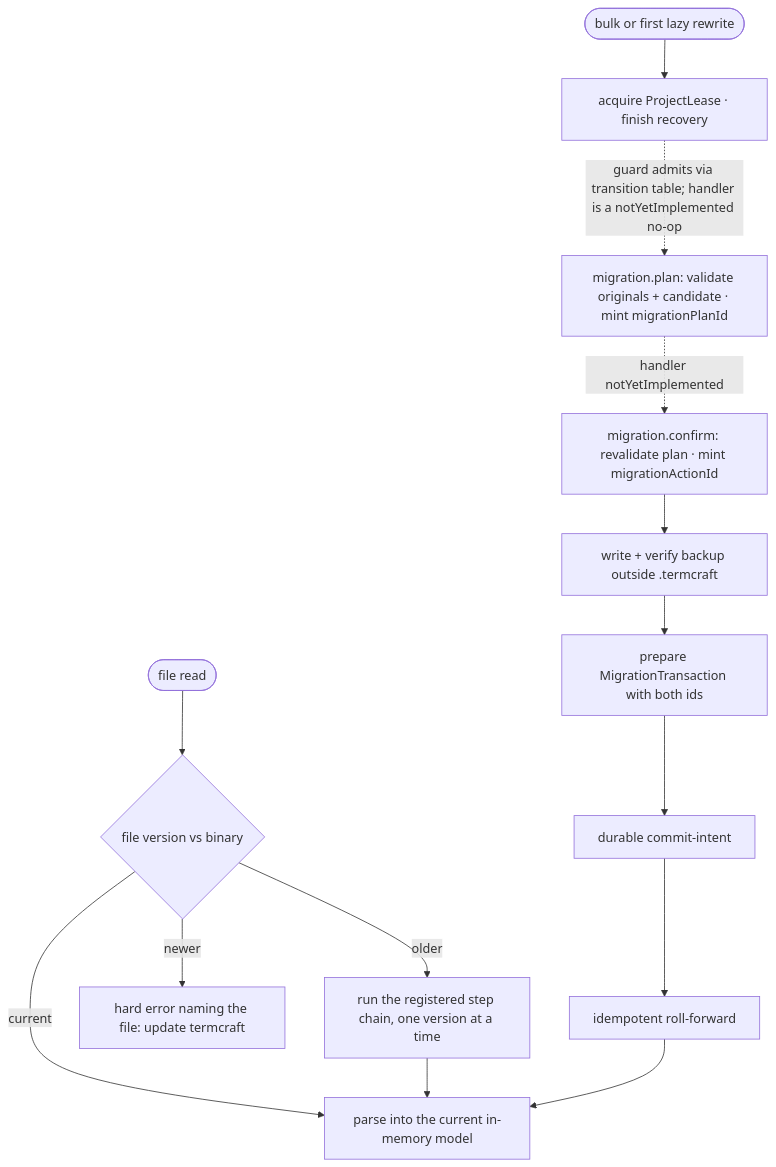
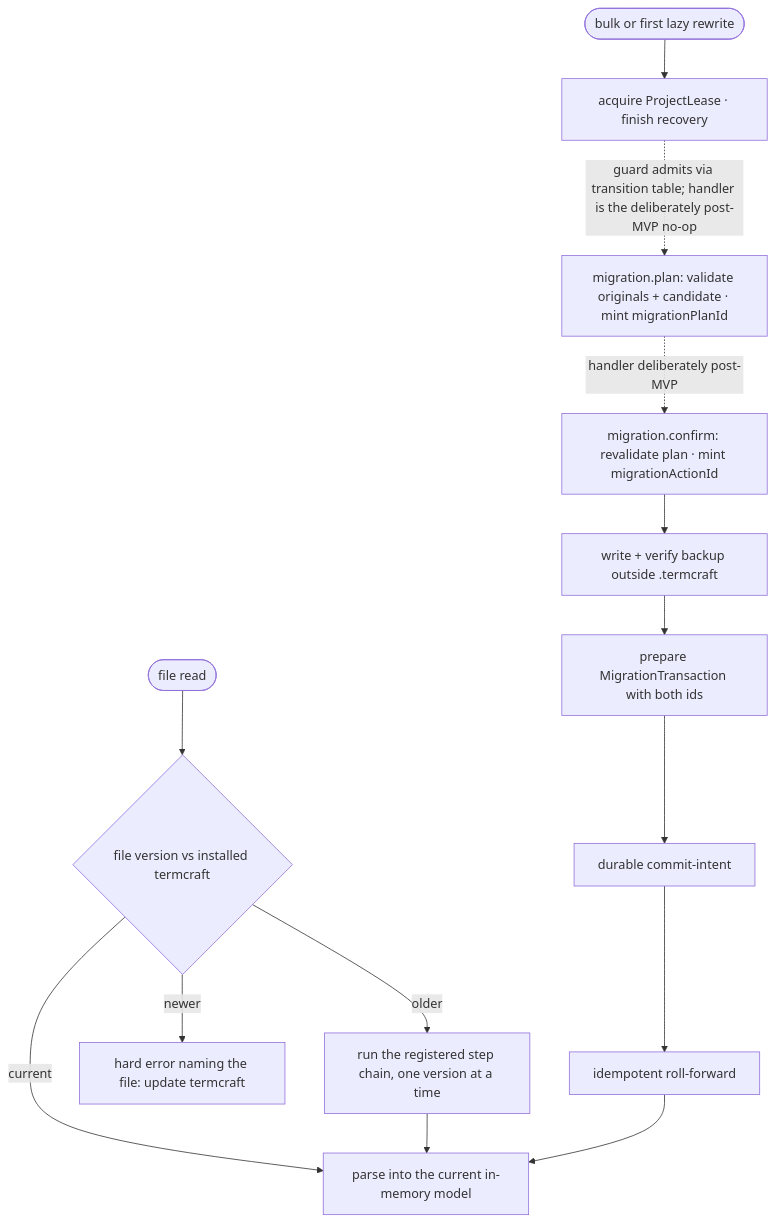
One commit to khmilevoi/termcraft changed the diagram in docs/architecture/flows/migration.md. Above: the diagram before and after it, drawn with Mermaid. The commit also changed other lines of this file and 11 other files, not shown here.

````diff
--- a/docs/architecture/flows/migration.md
+++ b/docs/architecture/flows/migration.md
@@ -3,17 +5,17 @@
 ```mermaid
 flowchart TD
-    read(["file read"]) --> ver{"file version vs binary"}
+    read(["file read"]) --> ver{"file version vs installed termcraft"}
     ver -- "current" --> use["parse into the current in-memory model"]
     ver -- "older" --> chain["run the registered step chain, one version at a time"]
     chain --> use
     ver -- "newer" --> err["hard error naming the file: update termcraft"]
 
     bulk(["bulk or first lazy rewrite"]) --> lease["acquire ProjectLease · finish recovery"]
-    lease -. "guard admits via transition table; handler is a notYetImplemented no-op" .-> plan["migration.plan: validate originals + candidate · mint migrationPlanId"]
-    plan -. "handler notYetImplemented" .-> confirm["migration.confirm: revalidate plan · mint migrationActionId"]
+    lease -. "guard admits via transition table; handler is the deliberately post-MVP no-op" .-> plan["migration.plan: validate originals + candidate · mint migrationPlanId"]
+    plan -. "handler deliberately post-MVP" .-> confirm["migration.confirm: revalidate plan · mint migrationActionId"]
     confirm --> backup["write + verify backup outside .termcraft"]
     backup --> tx["prepare MigrationTransaction with both ids"]
     tx --> intent["durable commit-intent"]
     intent --> all["idempotent roll-forward"]
     all --> use
 ```
````
